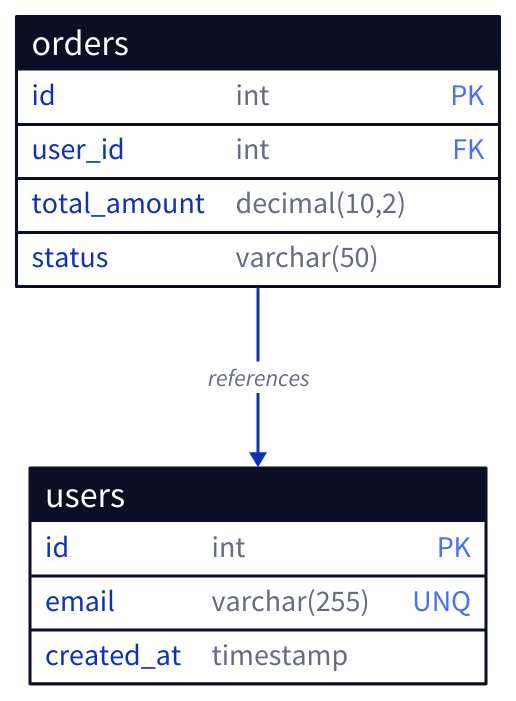
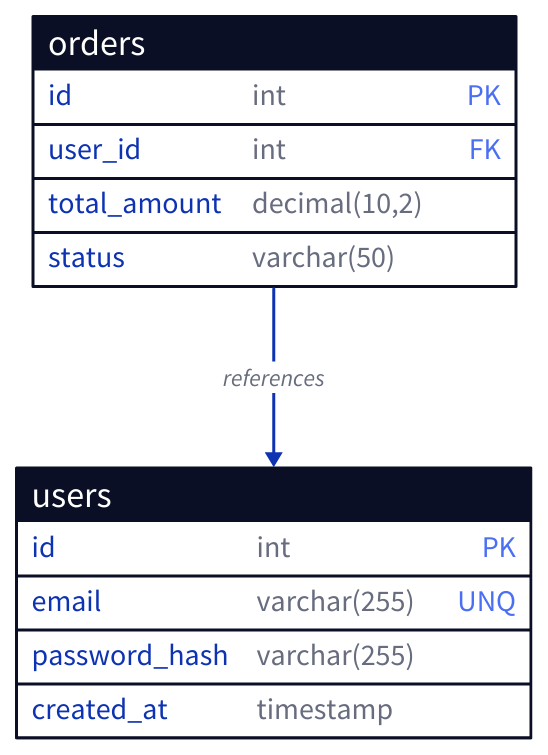
Before and after one commit to sickn33/agentic-awesome-skills: the fifth of 8 diagrams in skills/d2-diagrams/references/syntax-guide.md, drawn with D2. The commit also changed other lines of this file and 3 other files, not shown here.

Commit message:
fix(d2-diagrams): resolve container scoping, add limitations, and rewrite validator with unit tests

````diff
--- a/skills/d2-diagrams/references/syntax-guide.md
+++ b/skills/d2-diagrams/references/syntax-guide.md
@@ -138,18 +137,19 @@
 ```d2
 users: {
   shape: sql_table
   id: int { constraint: primary_key }
   email: varchar(255) { constraint: unique }
+  password_hash: varchar(255)
   created_at: timestamp
 }
 
 orders: {
   shape: sql_table
   id: int { constraint: primary_key }
   user_id: int { constraint: foreign_key }
   total_amount: decimal(10,2)
   status: varchar(50)
 }
 
 orders.user_id -> users.id: references
 ```
````
